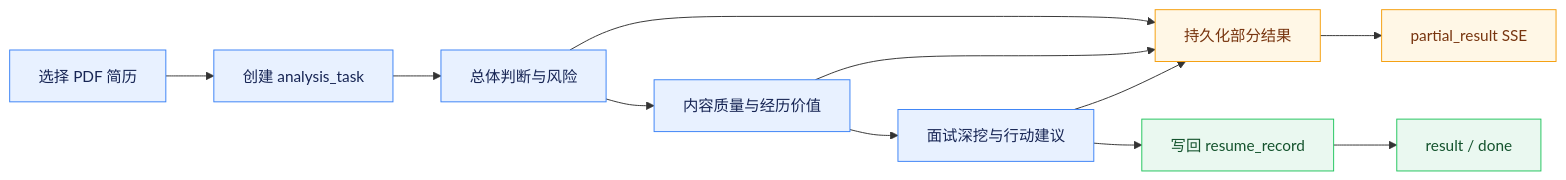
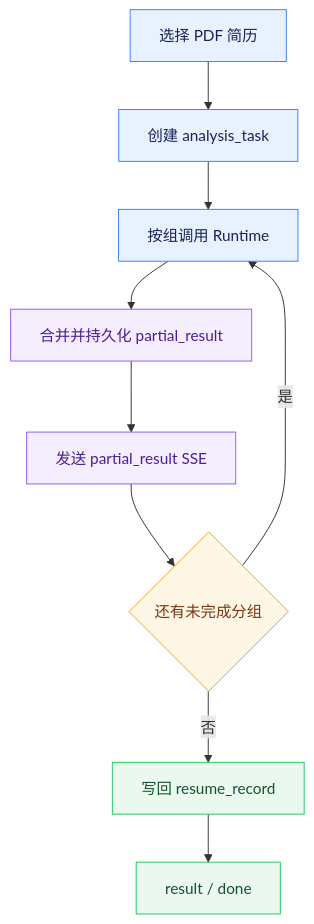
Before and after one commit to Logistic98/job-buddy: the second of 2 diagrams in agent-doc/业务功能/简历管理、画像与分析.md, drawn with Mermaid. The commit also changed other lines of this file and 32 other files, not shown here.

````diff
--- a/agent-doc/业务功能/简历管理、画像与分析.md
+++ b/agent-doc/业务功能/简历管理、画像与分析.md
@@ -92,20 +72,20 @@
 ```mermaid
-graph LR
+graph TD
     A[选择 PDF 简历] --> B[创建 analysis_task]
-    B --> C[总体判断与风险]
-    C --> D[内容质量与经历价值]
-    D --> E[面试深挖与行动建议]
-    C --> P[持久化部分结果]
-    D --> P
-    E --> P
-    P --> S[partial_result SSE]
-    E --> F[写回 resume_record]
-    F --> G["result / done"]
+    B --> C[按组调用 Runtime]
+    C --> D[合并并持久化 partial_result]
+    D --> E[发送 partial_result SSE]
+    E --> F{还有未完成分组}
+    F -->|是| C
+    F -->|否| G[写回 resume_record]
+    G --> H["result / done"]
 
     classDef process fill:#E8F1FF,stroke:#3B82F6,color:#172554;
-    classDef stream fill:#FFF7E6,stroke:#F59E0B,color:#78350F;
+    classDef stream fill:#F4EEFF,stroke:#8B5CF6,color:#4C1D95;
+    classDef decision fill:#FFF7E6,stroke:#F59E0B,color:#78350F;
     classDef result fill:#EAF8F0,stroke:#22C55E,color:#14532D;
-    class A,B,C,D,E process;
-    class P,S stream;
-    class F,G result;
+    class A,B,C process;
+    class D,E stream;
+    class F decision;
+    class G,H result;
 ```
````
